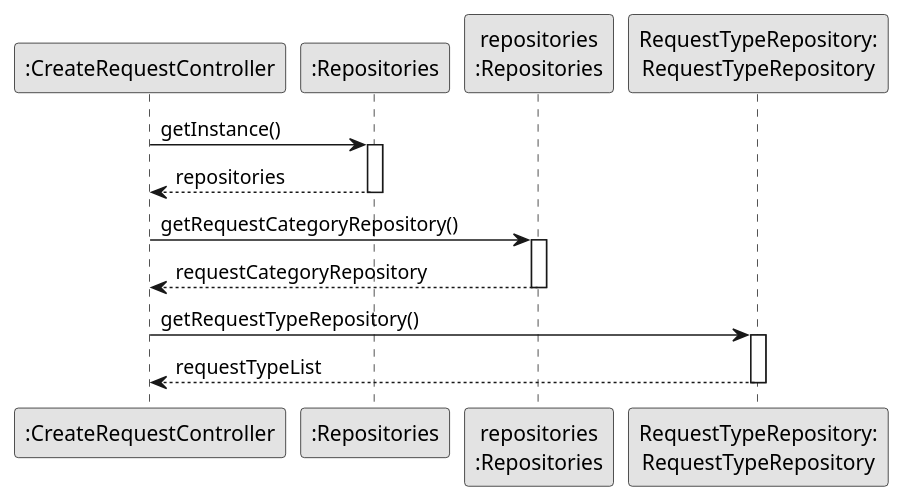
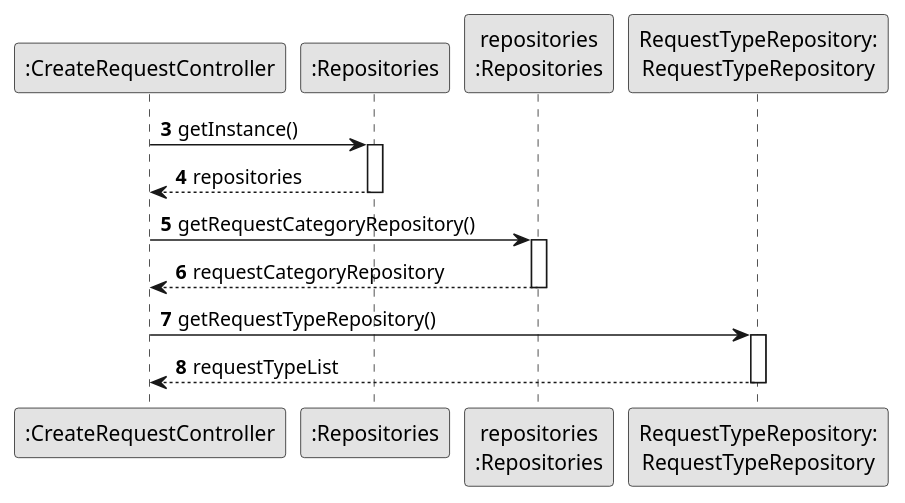
The diagram in docs/Sprint-B/US004/03.design/puml/us004-sequence-diagram-partial-requestTypeList.puml (Rodrick0209/ISEP-LAPR2-22-23), drawn with PlantUML before and after one commit. The commit also changed 4 other files, not shown here.

```diff
--- a/docs/Sprint-B/US004/03.design/puml/us004-sequence-diagram-partial-requestTypeList.puml
+++ b/docs/Sprint-B/US004/03.design/puml/us004-sequence-diagram-partial-requestTypeList.puml
@@ -1,32 +1,32 @@
 @startuml
 skinparam monochrome true
 skinparam packageStyle rectangle
 skinparam shadowing false
 
 
 participant ":CreateRequestController" as CTRL
 participant ":Repositories" as Rep
 participant "repositories\n:Repositories" as PLAT
 participant "RequestTypeRepository:\nRequestTypeRepository" as TaskCategoryRepository
 
-
+autonumber 3
 CTRL -> Rep : getInstance()
                 activate Rep
 
                     Rep --> CTRL: repositories
                 deactivate Rep
 
                 CTRL -> PLAT : getRequestCategoryRepository()
                 activate PLAT
 
                     PLAT --> CTRL: requestCategoryRepository
                 deactivate PLAT
 
                 CTRL -> TaskCategoryRepository : getRequestTypeRepository()
                 activate TaskCategoryRepository
 
                     TaskCategoryRepository --> CTRL : requestTypeList
                 deactivate TaskCategoryRepository
 
 
 @enduml
```
